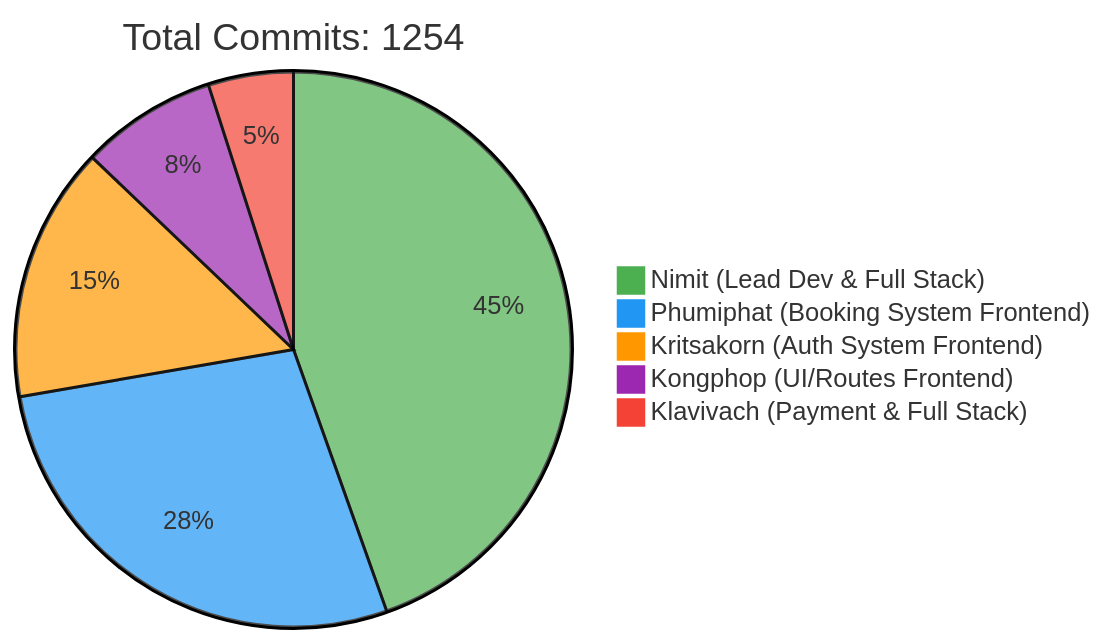
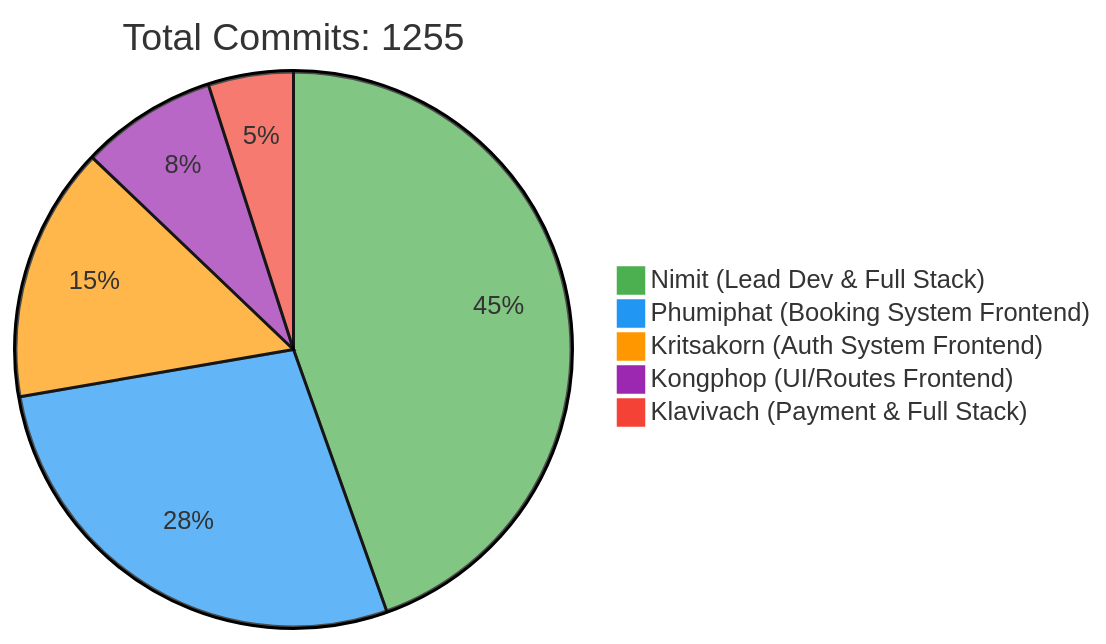
The first of 2 diagrams in README.md (6531503042/Sport-Complex), drawn with Mermaid before and after one commit. The commit also changed other lines of this file, not shown here.

Commit message:
docs: Update contributor statistics [skip ci]

````diff
--- a/README.md
+++ b/README.md
@@ -257,10 +257,10 @@
 ```mermaid
 %%{init: {'theme': 'base', 'themeVariables': { 'pie1': '#4CAF50', 'pie2': '#2196F3', 'pie3': '#FF9800', 'pie4': '#9C27B0', 'pie5': '#F44336'}}}%%
 pie
-    title Total Commits: 1254
+    title Total Commits: 1255
     "Nimit (Lead Dev & Full Stack)" : 450
     "Phumiphat (Booking System Frontend)" : 280
     "Kritsakorn (Auth System Frontend)" : 150
     "Kongphop (UI/Routes Frontend)" : 80
     "Klavivach (Payment & Full Stack)" : 50
 ```
````
